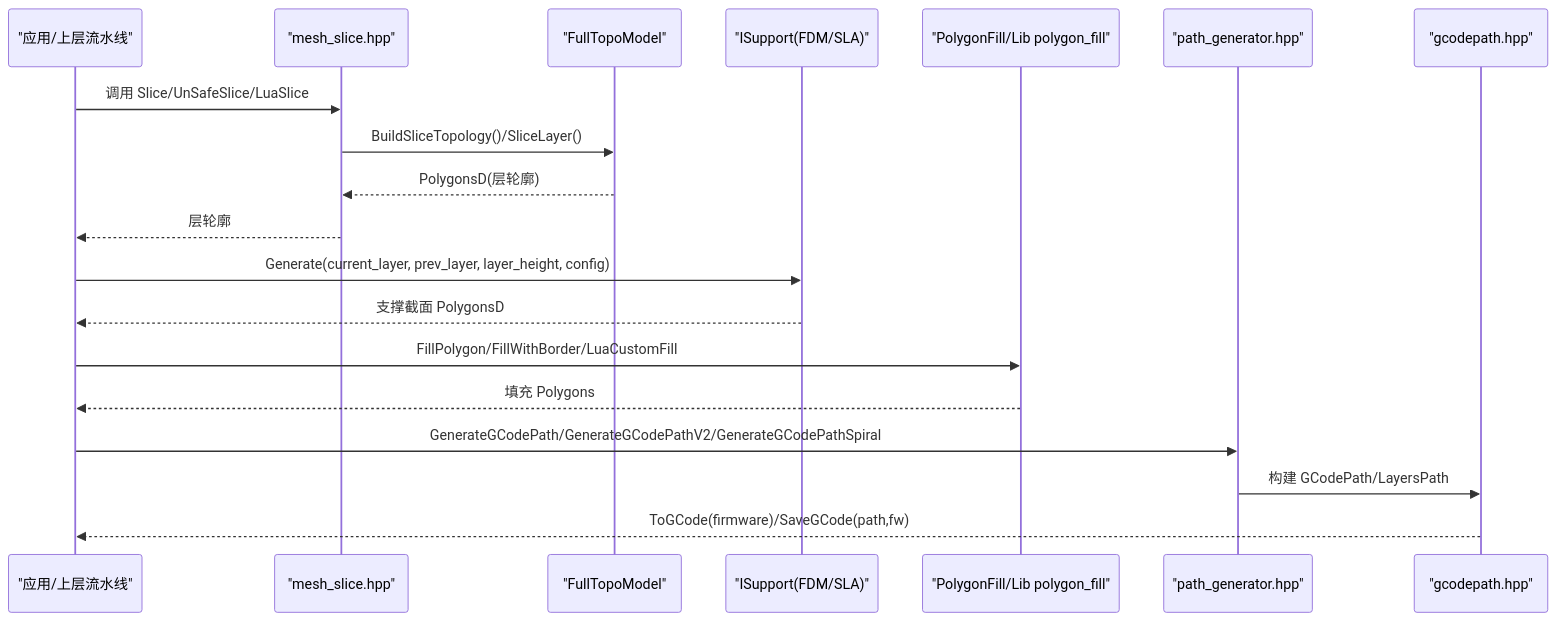
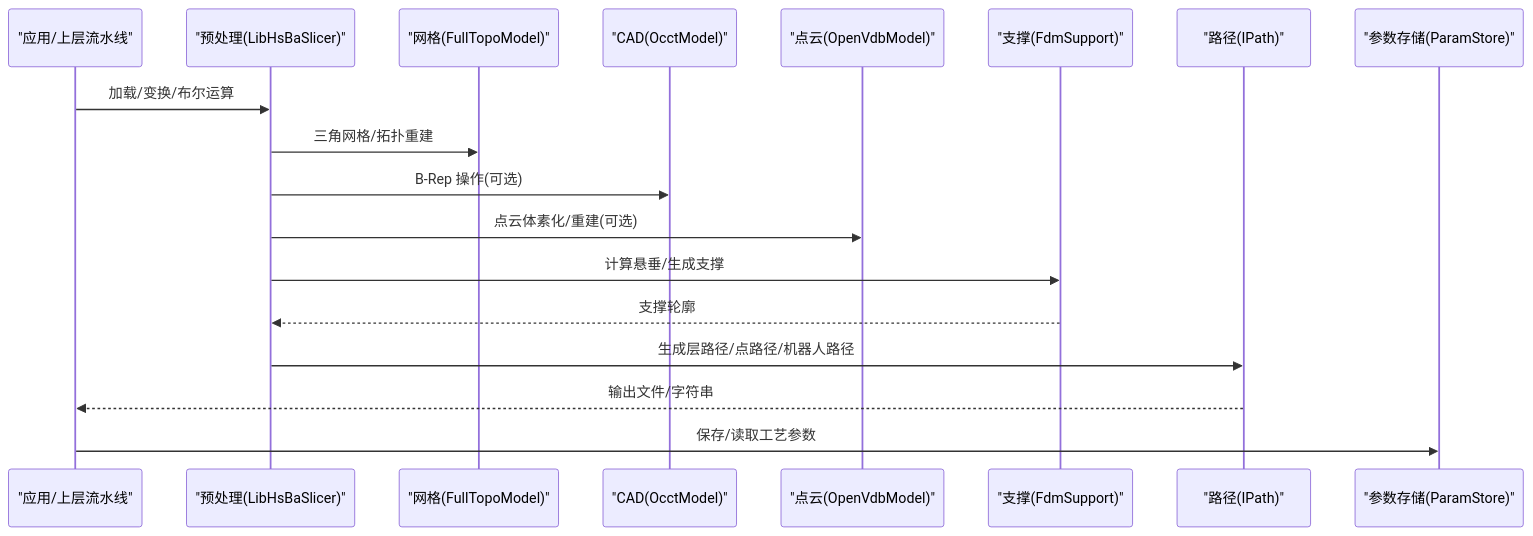
One commit to hsmbanlance/HsBaSlicer changed the second of 11 diagrams in .qoder/repowiki/zh/content/核心模块详解/核心模块详解.md. Above: the diagram before and after it, drawn with Mermaid. The commit also changed other lines of this file and 1095 other files, not shown here.

````diff
--- a/.qoder/repowiki/zh/content/核心模块详解/核心模块详解.md
+++ b/.qoder/repowiki/zh/content/核心模块详解/核心模块详解.md
@@ -127,21 +123,20 @@
 ```mermaid
 sequenceDiagram
 participant App as "应用/上层流水线"
-participant Slice as "mesh_slice.hpp"
-participant Topo as "FullTopoModel"
-participant Support as "ISupport(FDM/SLA)"
-participant Fill as "PolygonFill/Lib polygon_fill"
-participant Path as "path_generator.hpp"
-participant GCode as "gcodepath.hpp"
-App->>Slice : 调用 Slice/UnSafeSlice/LuaSlice
-Slice->>Topo : BuildSliceTopology()/SliceLayer()
-Topo-->>Slice : PolygonsD(层轮廓)
-Slice-->>App : 层轮廓
-App->>Support : Generate(current_layer, prev_layer, layer_height, config)
-Support-->>App : 支撑截面 PolygonsD
-App->>Fill : FillPolygon/FillWithBorder/LuaCustomFill
-Fill-->>App : 填充 Polygons
-App->>Path : GenerateGCodePath/GenerateGCodePathV2/GenerateGCodePathSpiral
-Path->>GCode : 构建 GCodePath/LayersPath
-GCode-->>App : ToGCode(firmware)/SaveGCode(path,fw)
+participant Pre as "预处理(LibHsBaSlicer)"
+participant Mesh as "网格(FullTopoModel)"
+participant CAD as "CAD(OcctModel)"
+participant PC as "点云(OpenVdbModel)"
+participant Sup as "支撑(FdmSupport)"
+participant Path as "路径(IPath)"
+participant Store as "参数存储(ParamStore)"
+App->>Pre : 加载/变换/布尔运算
+Pre->>Mesh : 三角网格/拓扑重建
+Pre->>CAD : B-Rep 操作(可选)
+Pre->>PC : 点云体素化/重建(可选)
+Pre->>Sup : 计算悬垂/生成支撑
+Sup-->>Pre : 支撑轮廓
+Pre->>Path : 生成层路径/点路径/机器人路径
+Path-->>App : 输出文件/字符串
+App->>Store : 保存/读取工艺参数
 ```
````
